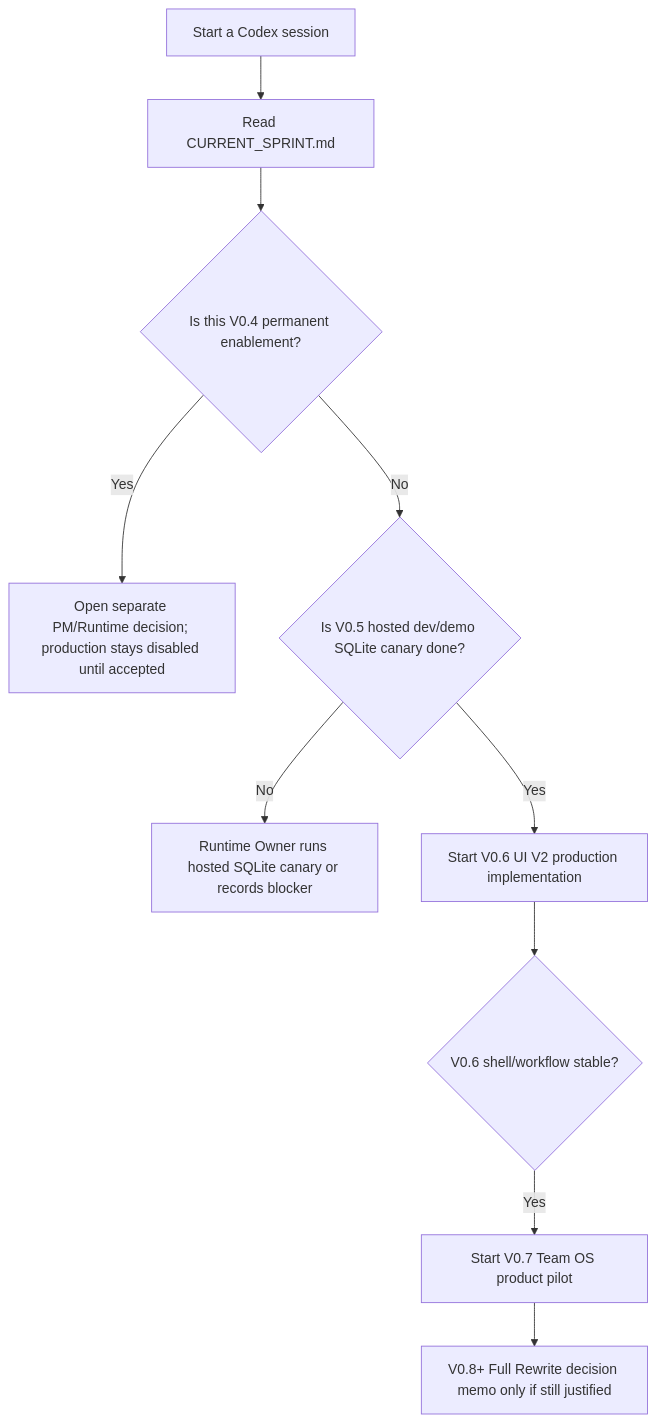
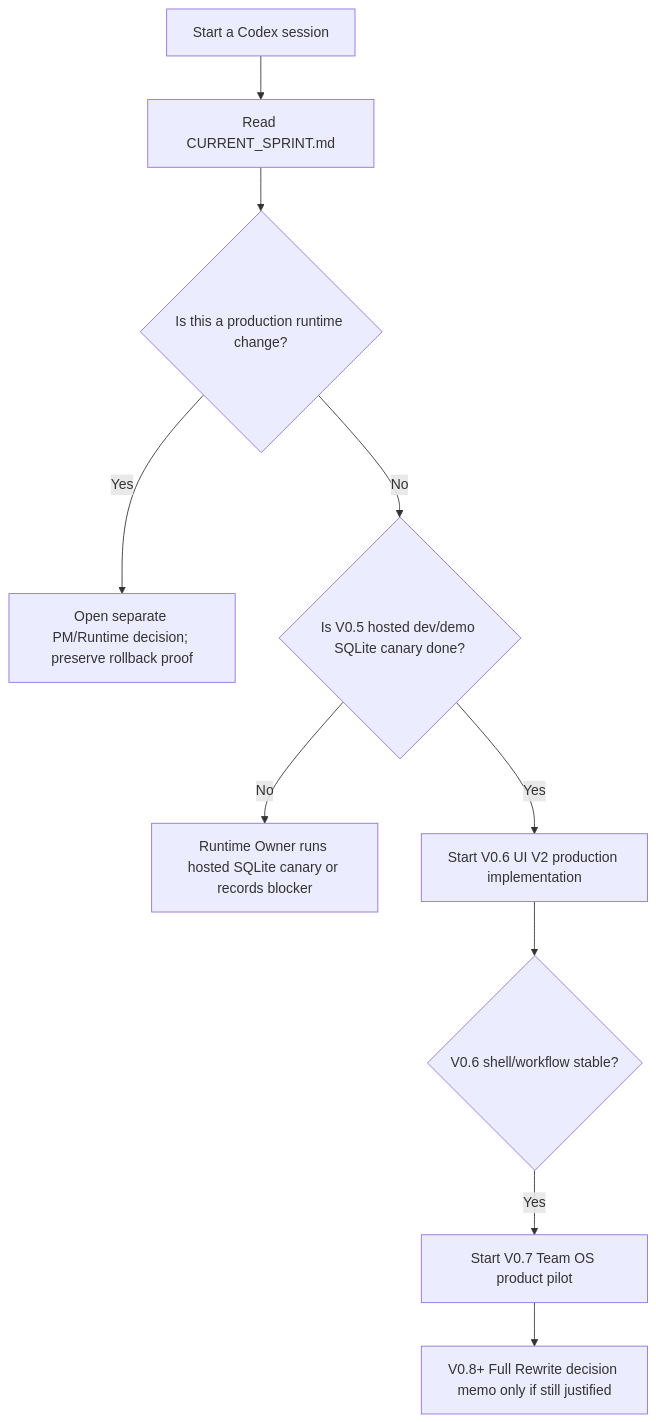
One commit to Savezn/Trisilar-Task-Hub changed the diagram in docs/plans/CODEX_PARALLEL_PROJECT_HANDOFF.md. Above: the diagram before and after it, drawn with Mermaid. The commit also changed other lines of this file and 10 other files, not shown here.

Commit message:
Docs: close V0.4 permanent production enablement

````diff
--- a/docs/plans/CODEX_PARALLEL_PROJECT_HANDOFF.md
+++ b/docs/plans/CODEX_PARALLEL_PROJECT_HANDOFF.md
@@ -40,12 +40,12 @@
 ```mermaid
 flowchart TD
   A["Start a Codex session"] --> B["Read CURRENT_SPRINT.md"]
-  B --> C{"Is this V0.4 permanent enablement?"}
-  C -- "Yes" --> D["Open separate PM/Runtime decision; production stays disabled until accepted"]
+  B --> C{"Is this a production runtime change?"}
+  C -- "Yes" --> D["Open separate PM/Runtime decision; preserve rollback proof"]
   C -- "No" --> E{"Is V0.5 hosted dev/demo SQLite canary done?"}
   E -- "No" --> G["Runtime Owner runs hosted SQLite canary or records blocker"]
   E -- "Yes" --> I["Start V0.6 UI V2 production implementation"]
   I --> J{"V0.6 shell/workflow stable?"}
   J -- "Yes" --> K["Start V0.7 Team OS product pilot"]
   K --> L["V0.8+ Full Rewrite decision memo only if still justified"]
 ```
````
